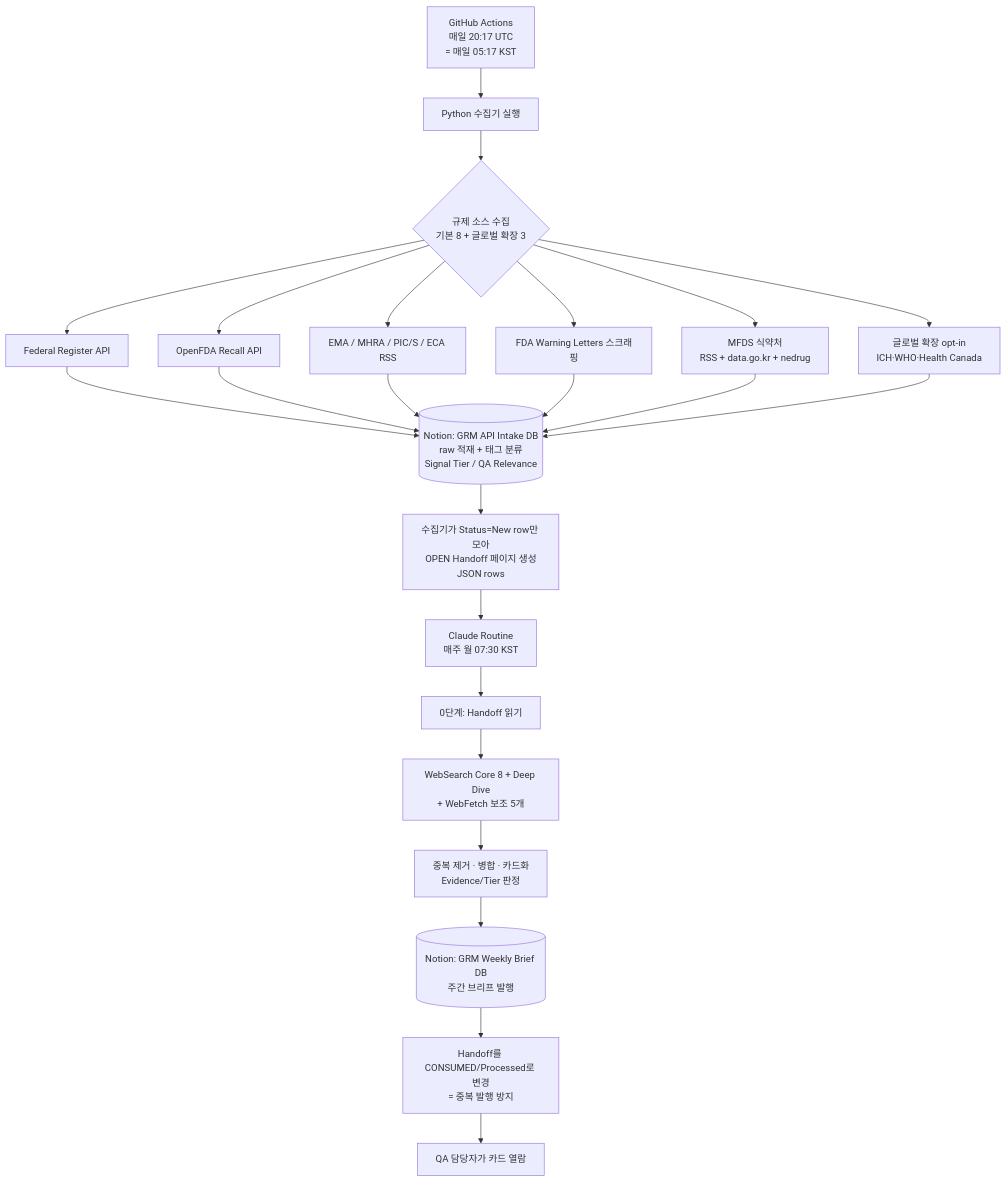
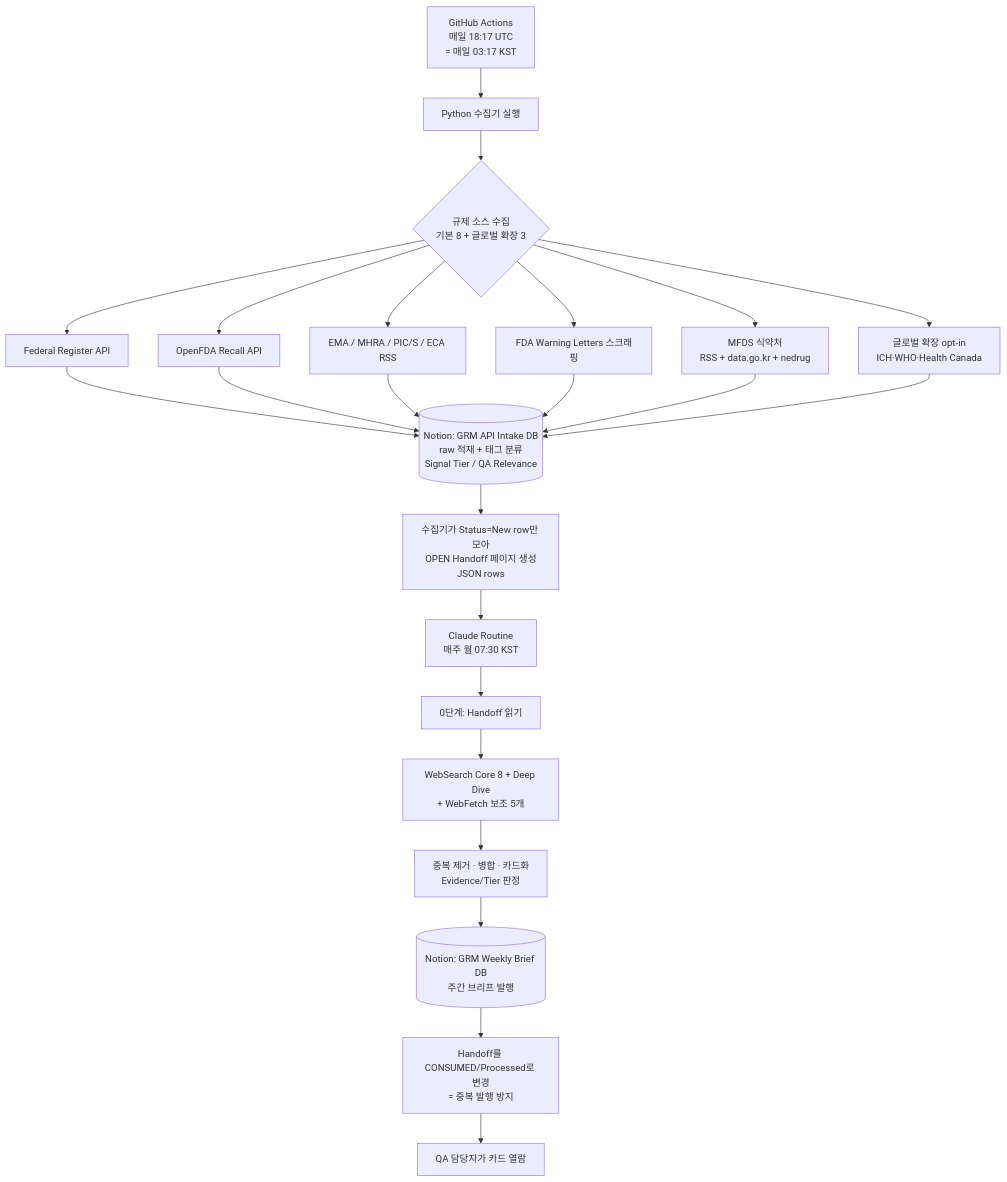
The diagram in GRM_SYSTEM.md (MINHOYEOM/grm-api-intake), drawn with Mermaid before and after one commit. The commit also changed other lines of this file and 8 other files, not shown here.

````diff
--- a/GRM_SYSTEM.md
+++ b/GRM_SYSTEM.md
@@ -107,20 +112,20 @@
 ```mermaid
 flowchart TD
-    A[GitHub Actions<br/>매일 20:17 UTC<br/>= 매일 05:17 KST] --> B[Python 수집기 실행]
+    A[GitHub Actions<br/>매일 18:17 UTC<br/>= 매일 03:17 KST] --> B[Python 수집기 실행]
     B --> C{규제 소스 수집<br/>기본 8 + 글로벌 확장 3}
     C --> C1[Federal Register API]
     C --> C2[OpenFDA Recall API]
     C --> C3[EMA / MHRA / PIC/S / ECA RSS]
     C --> C4[FDA Warning Letters 스크래핑]
     C --> C5[MFDS 식약처<br/>RSS + data.go.kr + nedrug]
     C --> C6[글로벌 확장 opt-in<br/>ICH·WHO·Health Canada]
     C1 & C2 & C3 & C4 & C5 & C6 --> D[(Notion: GRM API Intake DB<br/>raw 적재 + 태그 분류<br/>Signal Tier / QA Relevance)]
     D --> E[수집기가 Status=New row만 모아<br/>OPEN Handoff 페이지 생성<br/>JSON rows]
     E --> F[Claude Routine<br/>매주 월 07:30 KST]
     F --> G[0단계: Handoff 읽기]
     G --> H[WebSearch Core 8 + Deep Dive<br/>+ WebFetch 보조 5개]
     H --> I[중복 제거 · 병합 · 카드화<br/>Evidence/Tier 판정]
     I --> J[(Notion: GRM Weekly Brief DB<br/>주간 브리프 발행)]
     J --> K[Handoff를 CONSUMED/Processed로 변경<br/>= 중복 발행 방지]
     K --> L[QA 담당자가 카드 열람]
 ```
````
